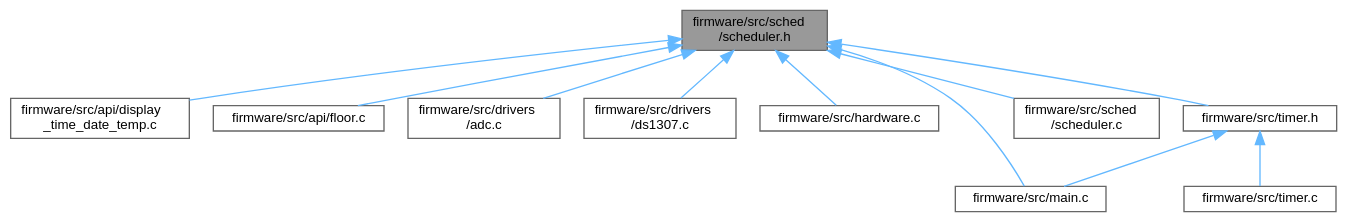
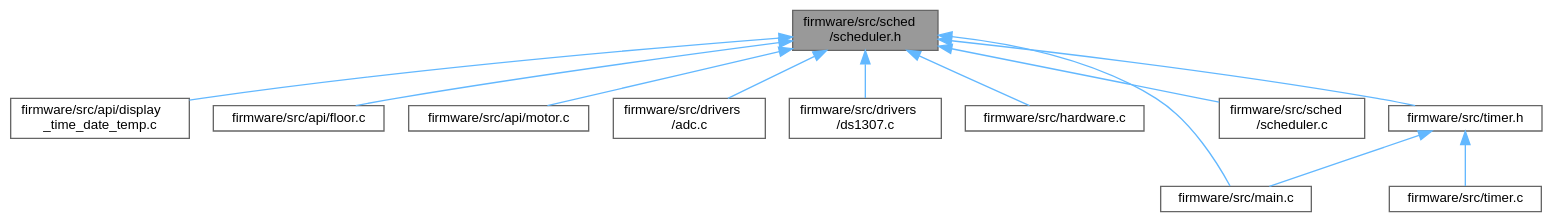
The diagram in dev/scheduler_8h__dep__incl.dot (Ghaadyy/elevator-controller), drawn with Graphviz before and after one commit. The commit also changed 95 other files, not shown here.

```diff
--- a/dev/scheduler_8h__dep__incl.dot
+++ b/dev/scheduler_8h__dep__incl.dot
@@ -1,27 +1,29 @@
 digraph "firmware/src/sched/scheduler.h"
 {
  // LATEX_PDF_SIZE
   bgcolor="transparent";
   edge [fontname=Helvetica,fontsize=10,labelfontname=Helvetica,labelfontsize=10];
   node [fontname=Helvetica,fontsize=10,shape=box,height=0.2,width=0.4];
   Node1 [id="Node000001",label="firmware/src/sched\l/scheduler.h",height=0.2,width=0.4,color="gray40", fillcolor="grey60", style="filled", fontcolor="black",tooltip=" "];
   Node1 -> Node2 [id="edge1_Node000001_Node000002",dir="back",color="steelblue1",style="solid",tooltip=" "];
   Node2 [id="Node000002",label="firmware/src/api/display\l_time_date_temp.c",height=0.2,width=0.4,color="grey40", fillcolor="white", style="filled",URL="$display__time__date__temp_8c.html",tooltip=" "];
   Node1 -> Node3 [id="edge2_Node000001_Node000003",dir="back",color="steelblue1",style="solid",tooltip=" "];
   Node3 [id="Node000003",label="firmware/src/api/floor.c",height=0.2,width=0.4,color="grey40", fillcolor="white", style="filled",URL="$floor_8c.html",tooltip="Implementation of the floor monitor API."];
   Node1 -> Node4 [id="edge3_Node000001_Node000004",dir="back",color="steelblue1",style="solid",tooltip=" "];
-  Node4 [id="Node000004",label="firmware/src/drivers\l/adc.c",height=0.2,width=0.4,color="grey40", fillcolor="white", style="filled",URL="$adc_8c.html",tooltip=" "];
+  Node4 [id="Node000004",label="firmware/src/api/motor.c",height=0.2,width=0.4,color="grey40", fillcolor="white", style="filled",URL="$motor_8c.html",tooltip=" "];
   Node1 -> Node5 [id="edge4_Node000001_Node000005",dir="back",color="steelblue1",style="solid",tooltip=" "];
-  Node5 [id="Node000005",label="firmware/src/drivers\l/ds1307.c",height=0.2,width=0.4,color="grey40", fillcolor="white", style="filled",URL="$ds1307_8c.html",tooltip=" "];
+  Node5 [id="Node000005",label="firmware/src/drivers\l/adc.c",height=0.2,width=0.4,color="grey40", fillcolor="white", style="filled",URL="$adc_8c.html",tooltip=" "];
   Node1 -> Node6 [id="edge5_Node000001_Node000006",dir="back",color="steelblue1",style="solid",tooltip=" "];
-  Node6 [id="Node000006",label="firmware/src/hardware.c",height=0.2,width=0.4,color="grey40", fillcolor="white", style="filled",URL="$hardware_8c.html",tooltip=" "];
+  Node6 [id="Node000006",label="firmware/src/drivers\l/ds1307.c",height=0.2,width=0.4,color="grey40", fillcolor="white", style="filled",URL="$ds1307_8c.html",tooltip=" "];
   Node1 -> Node7 [id="edge6_Node000001_Node000007",dir="back",color="steelblue1",style="solid",tooltip=" "];
-  Node7 [id="Node000007",label="firmware/src/main.c",height=0.2,width=0.4,color="grey40", fillcolor="white", style="filled",URL="$main_8c.html",tooltip=" "];
+  Node7 [id="Node000007",label="firmware/src/hardware.c",height=0.2,width=0.4,color="grey40", fillcolor="white", style="filled",URL="$hardware_8c.html",tooltip=" "];
   Node1 -> Node8 [id="edge7_Node000001_Node000008",dir="back",color="steelblue1",style="solid",tooltip=" "];
-  Node8 [id="Node000008",label="firmware/src/sched\l/scheduler.c",height=0.2,width=0.4,color="grey40", fillcolor="white", style="filled",URL="$scheduler_8c.html",tooltip="Co-operative scheduler."];
+  Node8 [id="Node000008",label="firmware/src/main.c",height=0.2,width=0.4,color="grey40", fillcolor="white", style="filled",URL="$main_8c.html",tooltip=" "];
   Node1 -> Node9 [id="edge8_Node000001_Node000009",dir="back",color="steelblue1",style="solid",tooltip=" "];
-  Node9 [id="Node000009",label="firmware/src/timer.h",height=0.2,width=0.4,color="grey40", fillcolor="white", style="filled",URL="$timer_8h.html",tooltip=" "];
-  Node9 -> Node7 [id="edge9_Node000009_Node000007",dir="back",color="steelblue1",style="solid",tooltip=" "];
-  Node9 -> Node10 [id="edge10_Node000009_Node000010",dir="back",color="steelblue1",style="solid",tooltip=" "];
-  Node10 [id="Node000010",label="firmware/src/timer.c",height=0.2,width=0.4,color="grey40", fillcolor="white", style="filled",URL="$timer_8c.html",tooltip=" "];
+  Node9 [id="Node000009",label="firmware/src/sched\l/scheduler.c",height=0.2,width=0.4,color="grey40", fillcolor="white", style="filled",URL="$scheduler_8c.html",tooltip="Co-operative scheduler."];
+  Node1 -> Node10 [id="edge9_Node000001_Node000010",dir="back",color="steelblue1",style="solid",tooltip=" "];
+  Node10 [id="Node000010",label="firmware/src/timer.h",height=0.2,width=0.4,color="grey40", fillcolor="white", style="filled",URL="$timer_8h.html",tooltip=" "];
+  Node10 -> Node8 [id="edge10_Node000010_Node000008",dir="back",color="steelblue1",style="solid",tooltip=" "];
+  Node10 -> Node11 [id="edge11_Node000010_Node000011",dir="back",color="steelblue1",style="solid",tooltip=" "];
+  Node11 [id="Node000011",label="firmware/src/timer.c",height=0.2,width=0.4,color="grey40", fillcolor="white", style="filled",URL="$timer_8c.html",tooltip=" "];
 }
```
